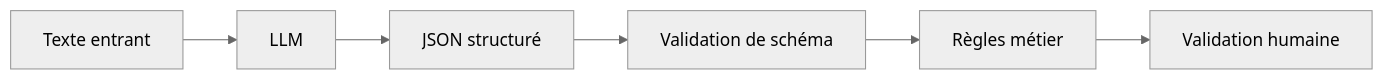
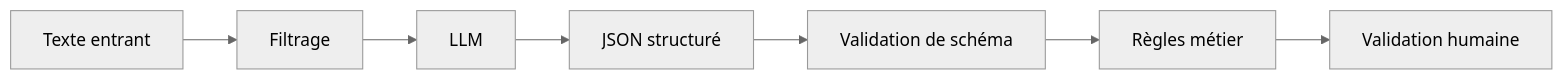
Before and after one commit to ToandroMananjara/ai-business-automation-n8n: the seventh of 8 diagrams in docs/cdc.md, drawn with Mermaid (neutral theme). The commit also changed other lines of this file and 5 other files, not shown here.

````diff
--- a/docs/cdc.md
+++ b/docs/cdc.md
@@ -401,8 +538,9 @@
 ```mermaid
 flowchart LR
-    A[Texte entrant] --> B[LLM]
-    B --> C[JSON structuré]
-    C --> D[Validation de schéma]
-    D --> E[Règles métier]
-    E --> F[Validation humaine]
+    A[Texte entrant] --> B[Filtrage]
+    B --> C[LLM]
+    C --> D[JSON structuré]
+    D --> E[Validation de schéma]
+    E --> F[Règles métier]
+    F --> G[Validation humaine]
 ```
````
